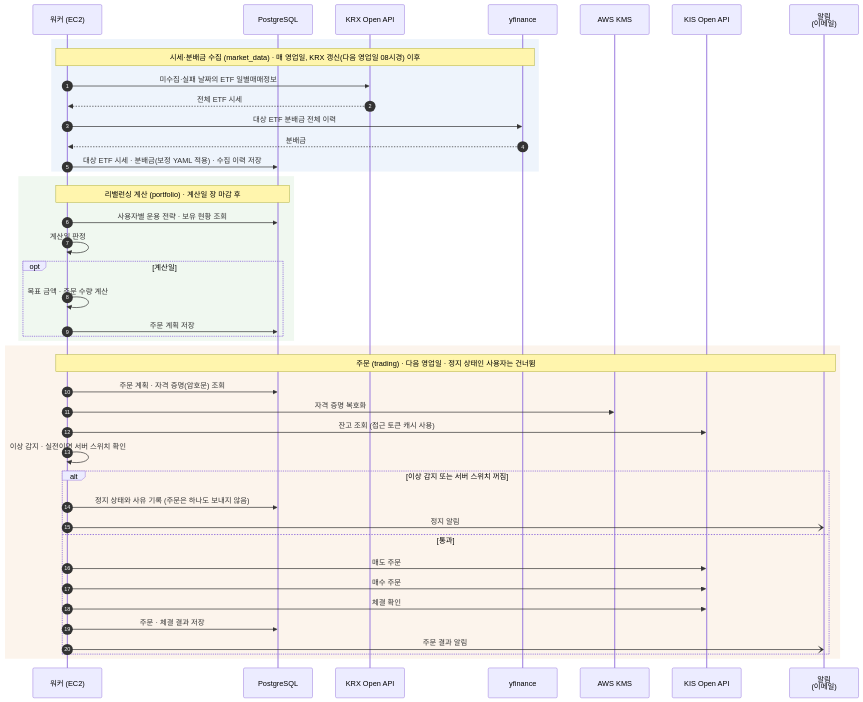
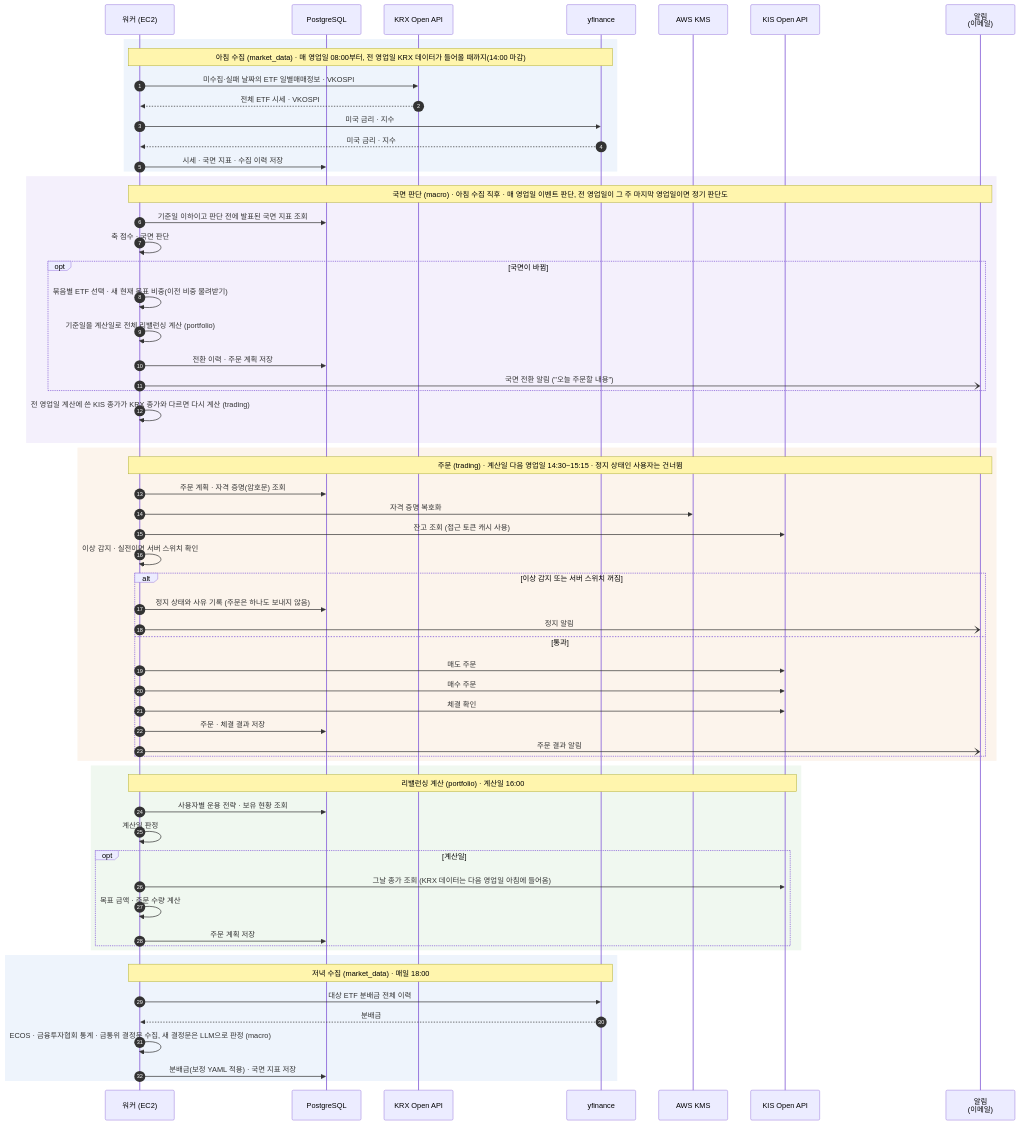
The third of 3 diagrams in docs/architecture.md (tukorea-capston-project/etf-rebalancing), drawn with Mermaid before and after one commit. The commit also changed other lines of this file and 7 other files, not shown here.

````diff
--- a/docs/architecture.md
+++ b/docs/architecture.md
@@ -193,48 +196,70 @@
 ```mermaid
 sequenceDiagram
     autonumber
     participant W as 워커 (EC2)
     participant DB as PostgreSQL
     participant KRX as KRX Open API
     participant YF as yfinance
     participant KMS as AWS KMS
     participant KIS as KIS Open API
     participant N as 알림<br/>(이메일)
 
     rect rgb(238, 244, 252)
-        Note over W,YF: 시세·분배금 수집 (market_data) · 매 영업일, KRX 갱신(다음 영업일 08시경) 이후
-        W->>KRX: 미수집·실패 날짜의 ETF 일별매매정보
-        KRX-->>W: 전체 ETF 시세
-        W->>YF: 대상 ETF 분배금 전체 이력
-        YF-->>W: 분배금
-        W->>DB: 대상 ETF 시세 · 분배금(보정 YAML 적용) · 수집 이력 저장
+        Note over W,YF: 아침 수집 (market_data) · 매 영업일 08:00부터, 전 영업일 KRX 데이터가 들어올 때까지(14:00 마감)
+        W->>KRX: 미수집·실패 날짜의 ETF 일별매매정보 · VKOSPI
+        KRX-->>W: 전체 ETF 시세 · VKOSPI
+        W->>YF: 미국 금리 · 지수
+        YF-->>W: 미국 금리 · 지수
+        W->>DB: 시세 · 국면 지표 · 수집 이력 저장
     end
 
-    rect rgb(240, 248, 240)
-        Note over W,DB: 리밸런싱 계산 (portfolio) · 계산일 장 마감 후
-        W->>DB: 사용자별 운용 전략 · 보유 현황 조회
-        W->>W: 계산일 판정
-        opt 계산일
-            W->>W: 목표 금액 · 주문 수량 계산
-            W->>DB: 주문 계획 저장
+    rect rgb(244, 240, 252)
+        Note over W,N: 국면 판단 (macro) · 아침 수집 직후 · 매 영업일 이벤트 판단, 전 영업일이 그 주 마지막 영업일이면 정기 판단도
+        W->>DB: 기준일 이하이고 판단 전에 발표된 국면 지표 조회
+        W->>W: 축 점수 · 국면 판단
+        opt 국면이 바뀜
+            W->>W: 묶음별 ETF 선택 · 새 현재 목표 비중(이전 비중 물려받기)
+            W->>W: 기준일을 계산일로 전체 리밸런싱 계산 (portfolio)
+            W->>DB: 전환 이력 · 주문 계획 저장
+            W-)N: 국면 전환 알림 ("오늘 주문할 내용")
         end
+        W->>W: 전 영업일 계산에 쓴 KIS 종가가 KRX 종가와 다르면 다시 계산 (trading)
     end
 
     rect rgb(252, 244, 236)
-        Note over W,N: 주문 (trading) · 다음 영업일 · 정지 상태인 사용자는 건너뜀
+        Note over W,N: 주문 (trading) · 계산일 다음 영업일 14:30~15:15 · 정지 상태인 사용자는 건너뜀
         W->>DB: 주문 계획 · 자격 증명(암호문) 조회
         W->>KMS: 자격 증명 복호화
         W->>KIS: 잔고 조회 (접근 토큰 캐시 사용)
         W->>W: 이상 감지 · 실전이면 서버 스위치 확인
         alt 이상 감지 또는 서버 스위치 꺼짐
             W->>DB: 정지 상태와 사유 기록 (주문은 하나도 보내지 않음)
             W-)N: 정지 알림
         else 통과
             W->>KIS: 매도 주문
             W->>KIS: 매수 주문
             W->>KIS: 체결 확인
             W->>DB: 주문 · 체결 결과 저장
             W-)N: 주문 결과 알림
         end
     end
+
+    rect rgb(240, 248, 240)
+        Note over W,KIS: 리밸런싱 계산 (portfolio) · 계산일 16:00
+        W->>DB: 사용자별 운용 전략 · 보유 현황 조회
+        W->>W: 계산일 판정
+        opt 계산일
+            W->>KIS: 그날 종가 조회 (KRX 데이터는 다음 영업일 아침에 들어옴)
+            W->>W: 목표 금액 · 주문 수량 계산
+            W->>DB: 주문 계획 저장
+        end
+    end
+
+    rect rgb(238, 244, 252)
+        Note over W,YF: 저녁 수집 (market_data) · 매일 18:00
+        W->>YF: 대상 ETF 분배금 전체 이력
+        YF-->>W: 분배금
+        W->>W: ECOS · 금융투자협회 통계 · 금통위 결정문 수집, 새 결정문은 LLM으로 판정 (macro)
+        W->>DB: 분배금(보정 YAML 적용) · 국면 지표 저장
+    end
 ```
````
